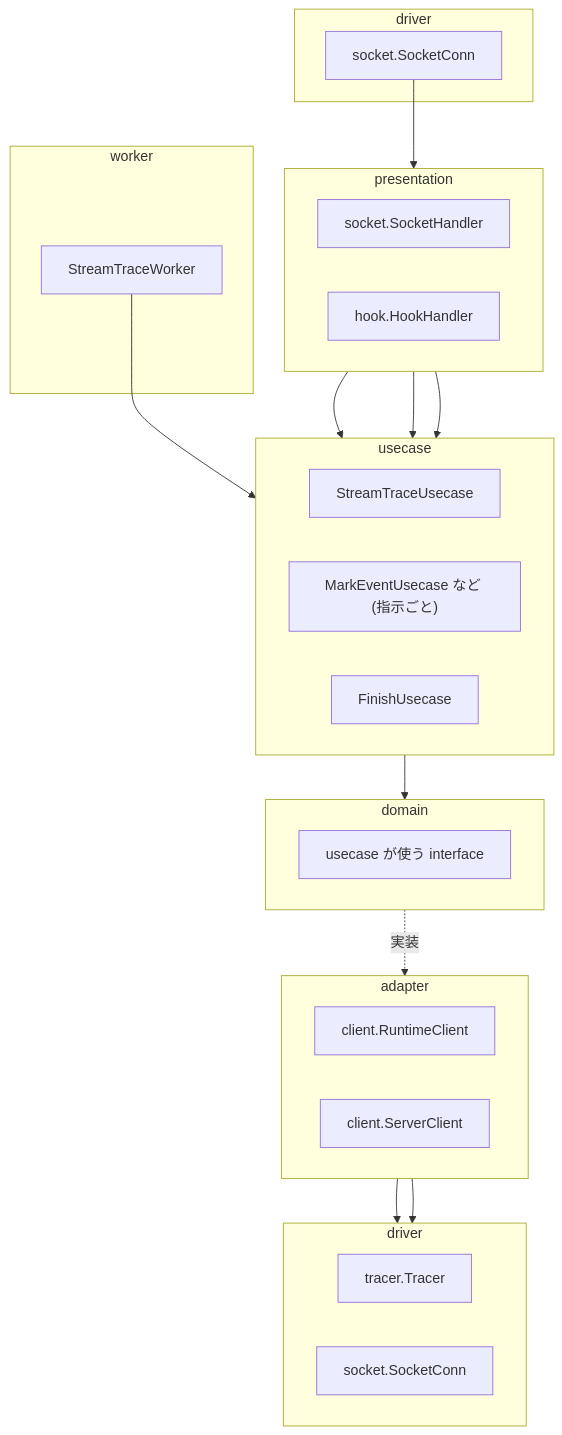
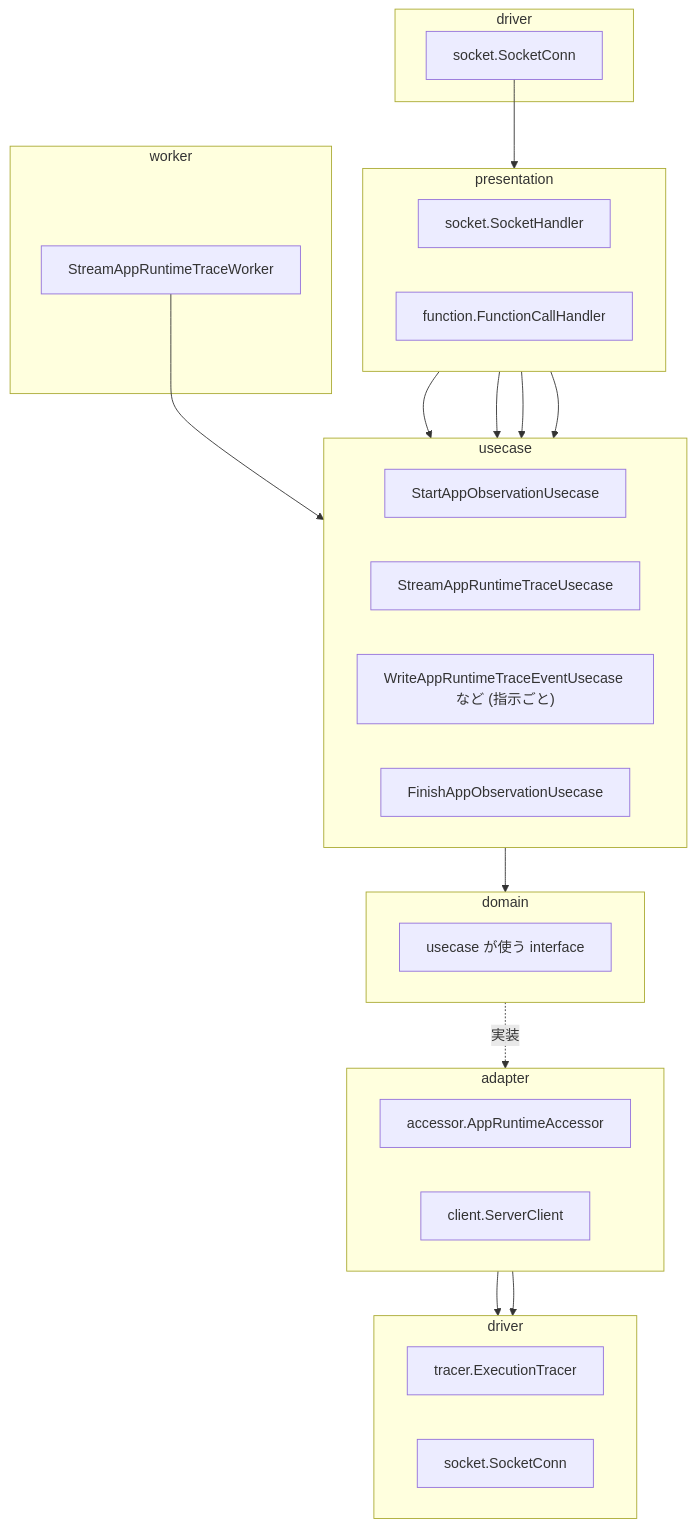
One commit to kakkky/gorviz changed the third of 4 diagrams in docs/architecture.md. Above: the diagram before and after it, drawn with Mermaid. The commit also changed other lines of this file, not shown here.

Commit message:
docs: move the app's lifetime into a worker, stop the server through the http api, keep the cli to commands only, start the agent from its own init with a stop overlaid into main, name usecases by what they do to which thing, and drop the processing flows left to the design

````diff
--- a/docs/architecture.md
+++ b/docs/architecture.md
@@ -106,43 +118,45 @@
 ```mermaid
 flowchart TD
     subgraph driverIn["driver"]
         SocketConn["socket.SocketConn"]
     end
     subgraph presentation["presentation"]
         direction LR
         SocketHandler["socket.SocketHandler"]
-        HookHandler["hook.HookHandler"]
+        FunctionCallHandler["function.FunctionCallHandler"]
     end
     subgraph worker["worker"]
-        StreamTraceWorker
+        StreamAppRuntimeTraceWorker
     end
     subgraph usecase["usecase"]
         direction LR
-        StreamTraceUsecase
-        InstructionUsecases["MarkEventUsecase など (指示ごと)"]
-        FinishUsecase
+        StartAppObservationUsecase
+        StreamAppRuntimeTraceUsecase
+        InstructionUsecases["WriteAppRuntimeTraceEventUsecase など (指示ごと)"]
+        FinishAppObservationUsecase
     end
     subgraph domain["domain"]
         Interfaces["usecase が使う interface"]
     end
     subgraph adapter["adapter"]
         direction LR
-        RuntimeClient["client.RuntimeClient"]
+        AppRuntimeAccessor["accessor.AppRuntimeAccessor"]
         ServerClient["client.ServerClient"]
     end
     subgraph driverOut["driver"]
         direction LR
-        Tracer["tracer.Tracer"]
+        ExecutionTracer["tracer.ExecutionTracer"]
         SocketConnOut["socket.SocketConn"]
     end
 
     SocketConn --> SocketHandler
     SocketHandler --> InstructionUsecases
-    SocketHandler --> FinishUsecase
-    StreamTraceWorker --> StreamTraceUsecase
-    HookHandler --> FinishUsecase
+    SocketHandler --> FinishAppObservationUsecase
+    StreamAppRuntimeTraceWorker --> StreamAppRuntimeTraceUsecase
+    FunctionCallHandler --> StartAppObservationUsecase
+    FunctionCallHandler --> FinishAppObservationUsecase
     usecase --> domain
     domain -. 実装 .-> adapter
-    RuntimeClient --> Tracer
+    AppRuntimeAccessor --> ExecutionTracer
     ServerClient --> SocketConnOut
 ```
````
